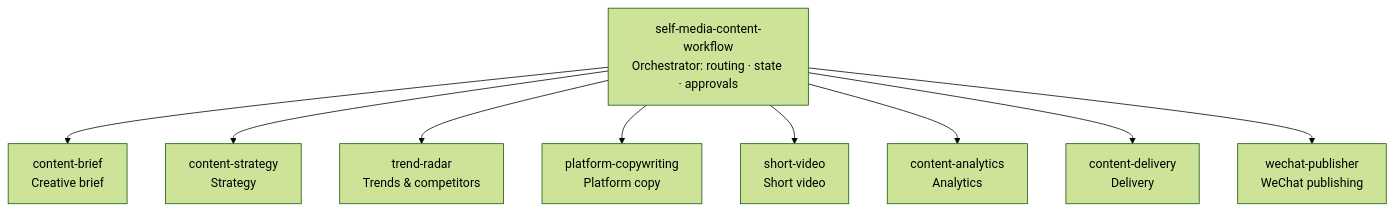
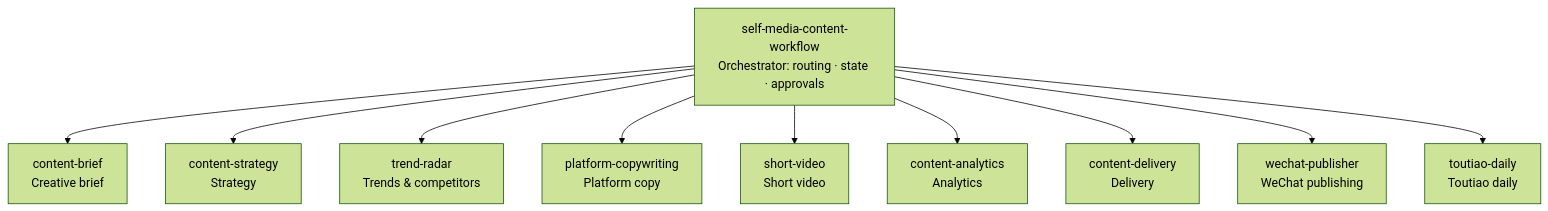
One commit to huangzigen666/self-media-content-workflow changed the diagram in README.en.md. Above: the diagram before and after it, drawn with Mermaid (forest theme). The commit also changed other lines of this file and 10 other files, not shown here.

Commit message:
feat(toutiao): add daily publishing workflow

````diff
--- a/README.en.md
+++ b/README.en.md
@@ -19,12 +19,13 @@
 ```mermaid
 graph TD
     W["self-media-content-workflow<br/>Orchestrator: routing · state · approvals"]
     W --> B["content-brief<br/>Creative brief"]
     W --> S["content-strategy<br/>Strategy"]
     W --> R["trend-radar<br/>Trends & competitors"]
     W --> C["platform-copywriting<br/>Platform copy"]
     W --> V["short-video<br/>Short video"]
     W --> A["content-analytics<br/>Analytics"]
     W --> D["content-delivery<br/>Delivery"]
     W --> P["wechat-publisher<br/>WeChat publishing"]
+    W --> T["toutiao-daily<br/>Toutiao daily"]
 ```
````
